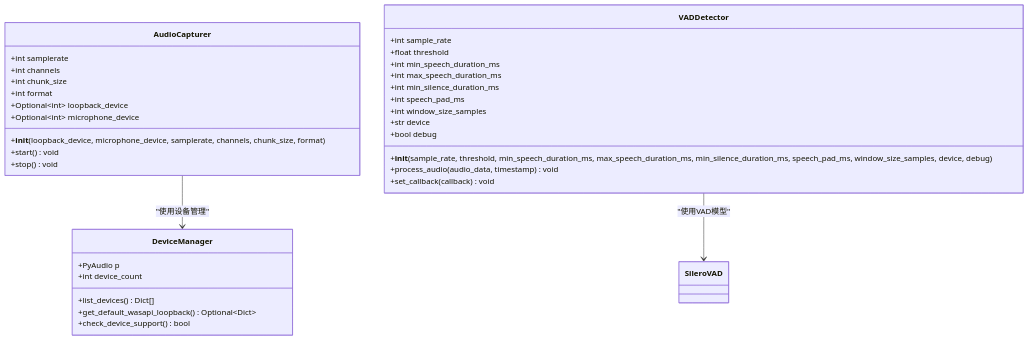
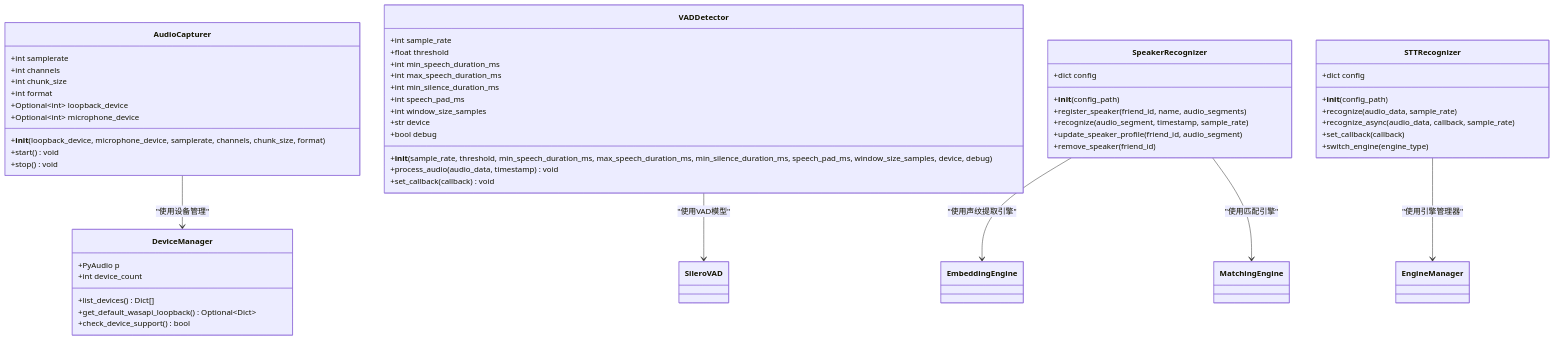
Before and after one commit to cir9no/VRChatSocialAssistant: the third of 6 diagrams in .qoder/repowiki/zh/content/配置管理.md, drawn with Mermaid. The commit also changed other lines of this file and 4 other files, not shown here.

````diff
--- a/.qoder/repowiki/zh/content/配置管理.md
+++ b/.qoder/repowiki/zh/content/配置管理.md
@@ -334,37 +354,56 @@
 ```mermaid
 classDiagram
 class AudioCapturer {
 +int samplerate
 +int channels
 +int chunk_size
 +int format
 +Optional~int~ loopback_device
 +Optional~int~ microphone_device
 +__init__(loopback_device, microphone_device, samplerate, channels, chunk_size, format)
 +start() void
 +stop() void
 }
 class VADDetector {
 +int sample_rate
 +float threshold
 +int min_speech_duration_ms
 +int max_speech_duration_ms
 +int min_silence_duration_ms
 +int speech_pad_ms
 +int window_size_samples
 +str device
 +bool debug
 +__init__(sample_rate, threshold, min_speech_duration_ms, max_speech_duration_ms, min_silence_duration_ms, speech_pad_ms, window_size_samples, device, debug)
 +process_audio(audio_data, timestamp) void
 +set_callback(callback) void
 }
+class SpeakerRecognizer {
++dict config
++__init__(config_path)
++register_speaker(friend_id, name, audio_segments)
++recognize(audio_segment, timestamp, sample_rate)
++update_speaker_profile(friend_id, audio_segment)
++remove_speaker(friend_id)
+}
+class STTRecognizer {
++dict config
++__init__(config_path)
++recognize(audio_data, sample_rate)
++recognize_async(audio_data, callback, sample_rate)
++set_callback(callback)
++switch_engine(engine_type)
+}
 class DeviceManager {
 +PyAudio p
 +int device_count
 +list_devices() Dict[]
 +get_default_wasapi_loopback() Optional~Dict~
 +check_device_support() bool
 }
 AudioCapturer --> DeviceManager : "使用设备管理"
 VADDetector --> SileroVAD : "使用VAD模型"
+SpeakerRecognizer --> EmbeddingEngine : "使用声纹提取引擎"
+SpeakerRecognizer --> MatchingEngine : "使用匹配引擎"
+STTRecognizer --> EngineManager : "使用引擎管理器"
 ```
````
